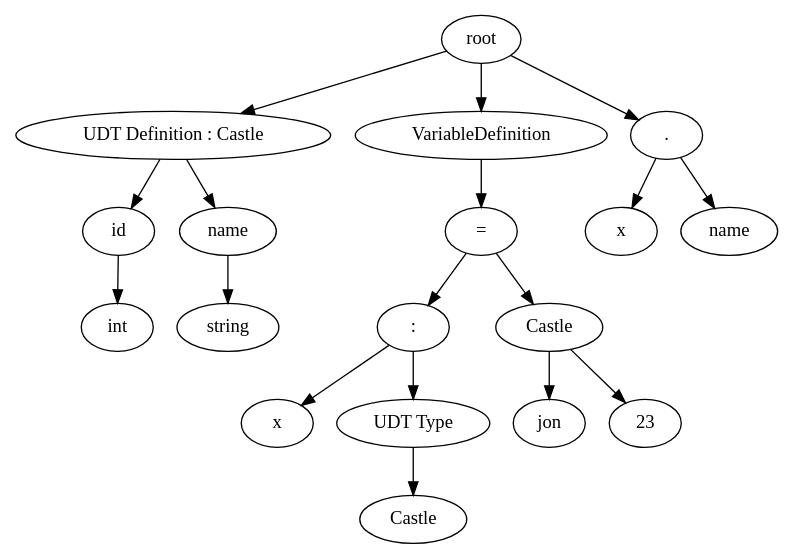
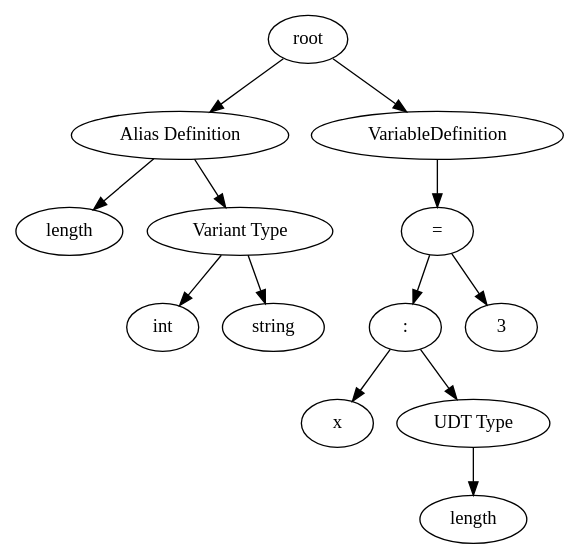
The diagram in examples/module.dot (pranav-ap/wasp-lang), drawn with Graphviz before and after one commit. The commit also changed 4 other files, not shown here.

```diff
--- a/examples/module.dot
+++ b/examples/module.dot
@@ -1,37 +1,27 @@
 digraph G { 
  "0"   [label="root"]; 
- "1"   [label="UDT Definition : Castle"]; 
+ "1"   [label="Alias Definition"]; 
  "0" -> "1"; 
- "2"   [label="id"]; 
+ "2"   [label="length"]; 
  "1" -> "2"; 
- "3"   [label="int"]; 
- "2" -> "3"; 
- "4"   [label="name"]; 
- "1" -> "4"; 
+ "3"   [label="Variant Type"]; 
+ "1" -> "3"; 
+ "4"   [label="int"]; 
+ "3" -> "4"; 
  "5"   [label="string"]; 
- "4" -> "5"; 
+ "3" -> "5"; 
  "6"   [label="VariableDefinition"]; 
  "0" -> "6"; 
  "7"   [label="="]; 
  "6" -> "7"; 
  "8"   [label=":"]; 
  "7" -> "8"; 
  "9"   [label="x"]; 
  "8" -> "9"; 
  "10"   [label="UDT Type"]; 
  "8" -> "10"; 
- "11"   [label="Castle"]; 
+ "11"   [label="length"]; 
  "10" -> "11"; 
- "12"   [label="Castle"]; 
+ "12"   [label="3"]; 
  "7" -> "12"; 
- "13"   [label="jon"]; 
- "12" -> "13"; 
- "14"   [label="23"]; 
- "12" -> "14"; 
- "15"   [label="."]; 
- "0" -> "15"; 
- "16"   [label="x"]; 
- "15" -> "16"; 
- "17"   [label="name"]; 
- "15" -> "17"; 
  }
```
